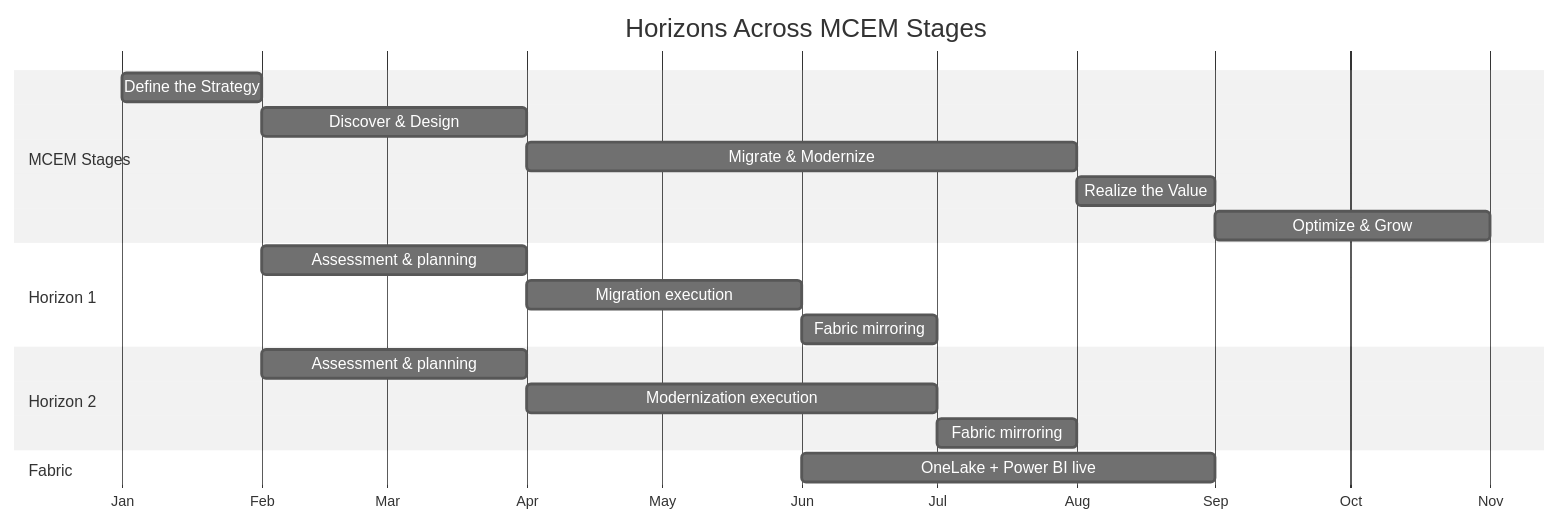
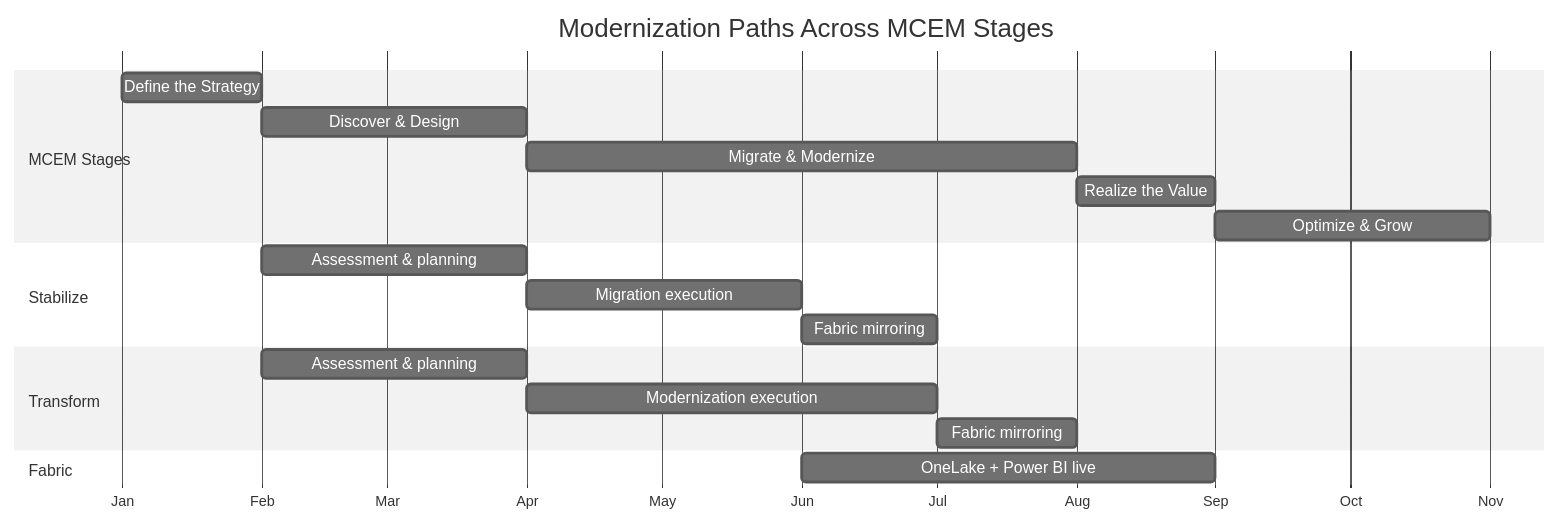
The second of 2 diagrams in site/src/content/docs/journey-map/index.md (jonathan-vella/dc2fabric), drawn with Mermaid before and after one commit. The commit also changed other lines of this file and 17 other files, not shown here.

````diff
--- a/site/src/content/docs/journey-map/index.md
+++ b/site/src/content/docs/journey-map/index.md
@@ -112,23 +112,23 @@
 ```mermaid
 %%{init: {'theme':'neutral'}}%%
 gantt
-  title Horizons Across MCEM Stages
+  title Modernization Paths Across MCEM Stages
   dateFormat YYYY-MM
   axisFormat %b
   section MCEM Stages
     Define the Strategy     :s1, 2026-01, 1M
     Discover & Design       :s2, after s1, 2M
     Migrate & Modernize     :s3, after s2, 4M
     Realize the Value       :s4, after s3, 1M
     Optimize & Grow         :s5, after s4, 2M
-  section Horizon 1
+  section Stabilize
     Assessment & planning :h1a, 2026-02, 2M
     Migration execution   :h1b, 2026-04, 2M
     Fabric mirroring      :h1c, 2026-06, 1M
-  section Horizon 2
+  section Transform
     Assessment & planning     :h2a, 2026-02, 2M
     Modernization execution   :h2b, 2026-04, 3M
     Fabric mirroring          :h2c, 2026-07, 1M
   section Fabric
     OneLake + Power BI live   :fab, 2026-06, 3M
 ```
````
